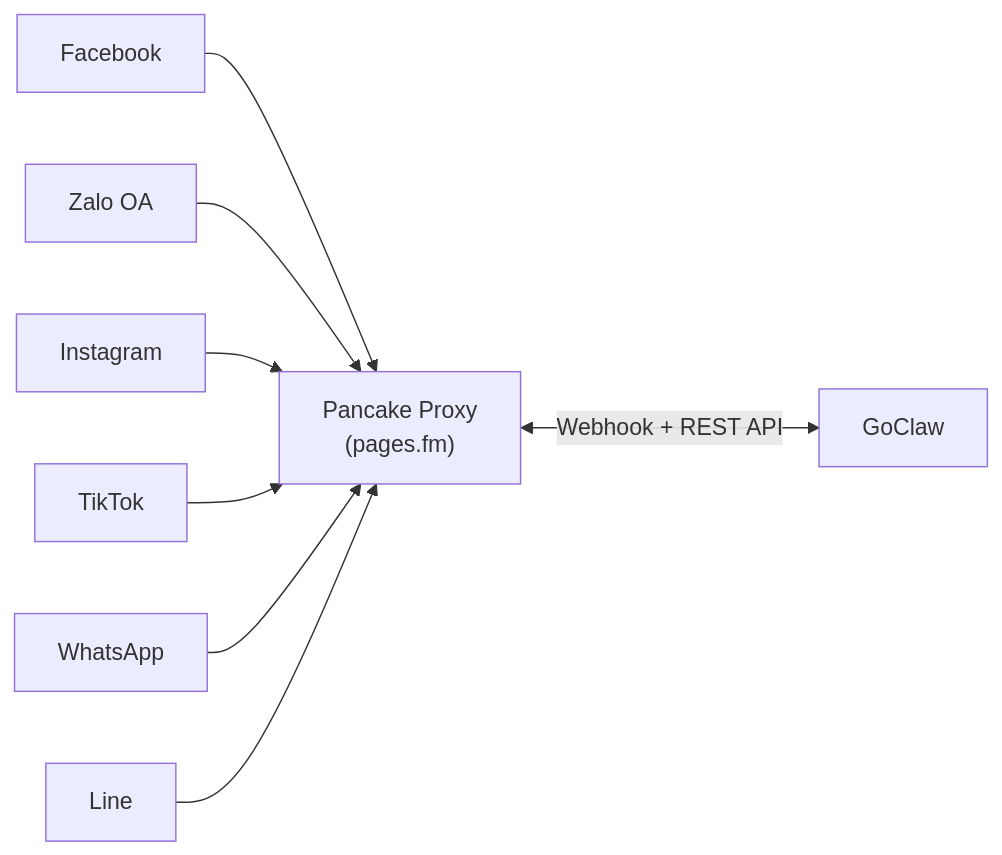
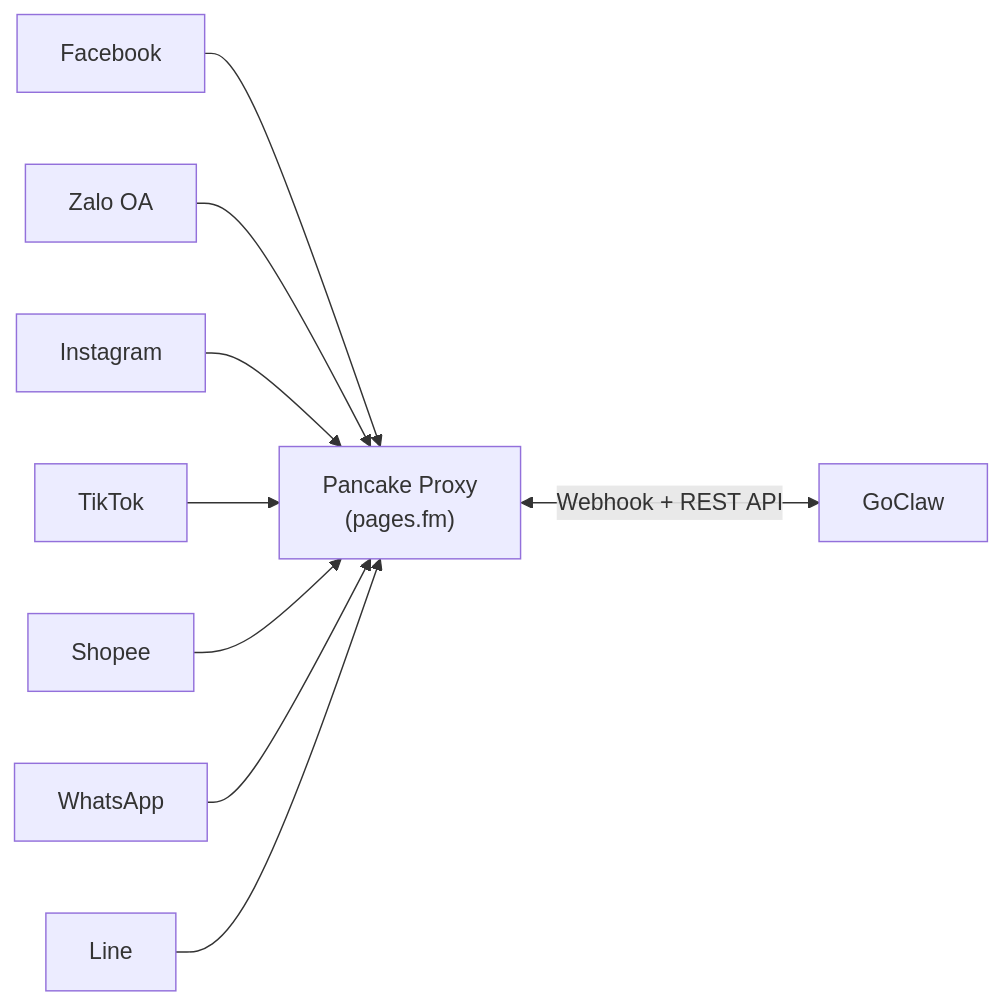
One commit to q1t-architect/goclaw-docs changed the diagram in channels/pancake.md. Above: the diagram before and after it, drawn with Mermaid. The commit also changed other lines of this file and 62 other files, not shown here.

````diff
--- a/channels/pancake.md
+++ b/channels/pancake.md
@@ -106,21 +110,23 @@
 ```mermaid
 flowchart LR
     FB["Facebook"]
     ZA["Zalo OA"]
     IG["Instagram"]
     TK["TikTok"]
+    SP["Shopee"]
     WA["WhatsApp"]
     LN["Line"]
 
     PC["Pancake Proxy<br/>(pages.fm)"]
     GC["GoClaw"]
 
     FB --> PC
     ZA --> PC
     IG --> PC
     TK --> PC
+    SP --> PC
     WA --> PC
     LN --> PC
 
     PC <-->|"Webhook + REST API"| GC
 ```
````
